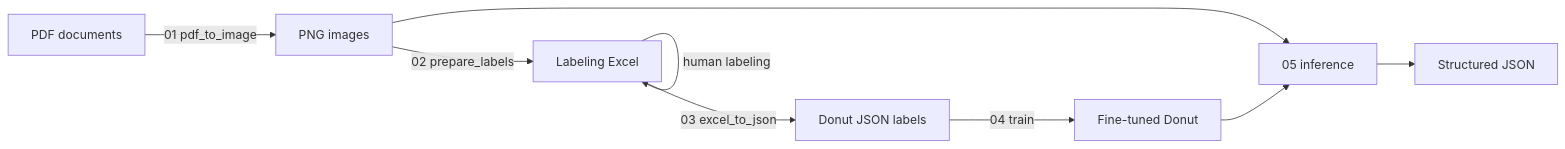
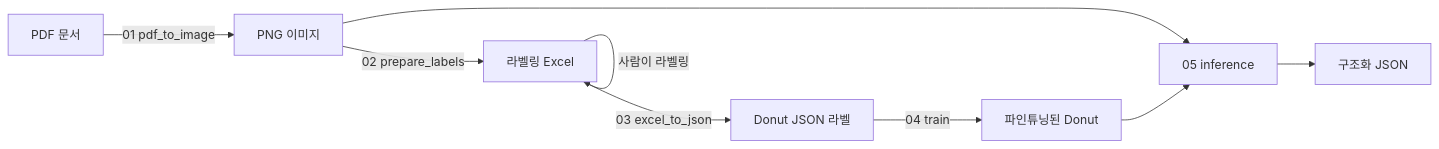
Before and after one commit to KyoungsoonKim00/donut-document-ai: the diagram in README.md, drawn with Mermaid. The commit also changed other lines of this file, not shown here.

````diff
--- a/README.md
+++ b/README.md
@@ -15,11 +14,11 @@
 ```mermaid
 flowchart LR
-    A[PDF documents] -->|01 pdf_to_image| B[PNG images]
-    B -->|02 prepare_labels| C[Labeling Excel]
-    C -->|human labeling| C
-    C -->|03 excel_to_json| D[Donut JSON labels]
-    D -->|04 train| E[Fine-tuned Donut]
+    A[PDF 문서] -->|01 pdf_to_image| B[PNG 이미지]
+    B -->|02 prepare_labels| C[라벨링 Excel]
+    C -->|사람이 라벨링| C
+    C -->|03 excel_to_json| D[Donut JSON 라벨]
+    D -->|04 train| E[파인튜닝된 Donut]
     B --> F
     E --> F[05 inference]
-    F --> G[Structured JSON]
+    F --> G[구조화 JSON]
 ```
````
